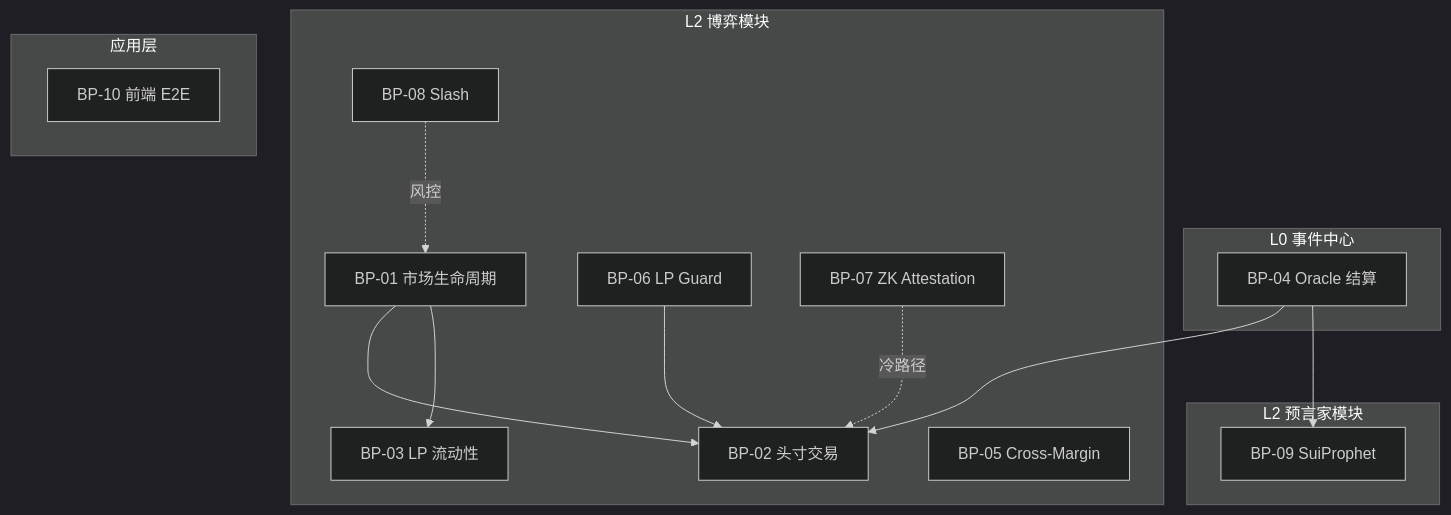
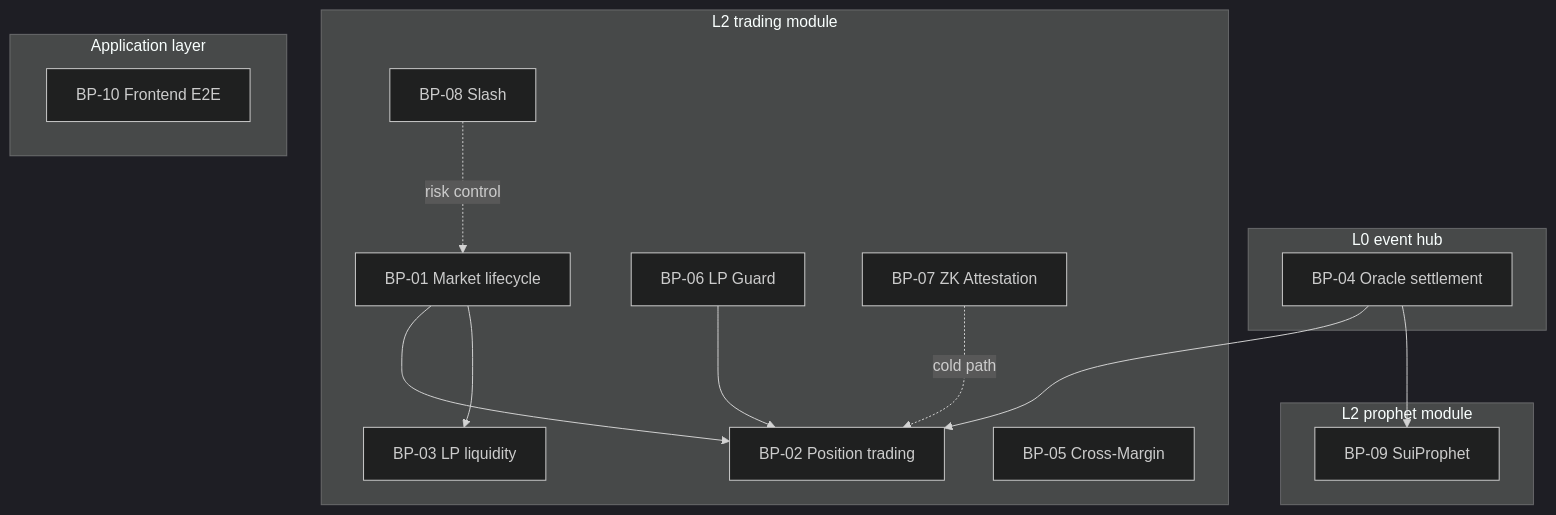
The first of 8 diagrams in docs/business-spec.md (bamaao/x-market), drawn with Mermaid (dark theme) before and after one commit. The commit also changed other lines of this file and 93 other files, not shown here.

````diff
--- a/docs/business-spec.md
+++ b/docs/business-spec.md
@@ -233,28 +235,28 @@
 ```mermaid
 flowchart TB
-    subgraph L0["L0 事件中心"]
-        BP04[BP-04 Oracle 结算]
+    subgraph L0["L0 event hub"]
+        BP04[BP-04 Oracle settlement]
     end
-    subgraph L2["L2 博弈模块"]
-        BP01[BP-01 市场生命周期]
-        BP02[BP-02 头寸交易]
-        BP03[BP-03 LP 流动性]
+    subgraph L2["L2 trading module"]
+        BP01[BP-01 Market lifecycle]
+        BP02[BP-02 Position trading]
+        BP03[BP-03 LP liquidity]
         BP05[BP-05 Cross-Margin]
         BP06[BP-06 LP Guard]
         BP07[BP-07 ZK Attestation]
         BP08[BP-08 Slash]
     end
-    subgraph L2P["L2 预言家模块"]
+    subgraph L2P["L2 prophet module"]
         BP09[BP-09 SuiProphet]
     end
-    subgraph App["应用层"]
-        BP10[BP-10 前端 E2E]
+    subgraph App["Application layer"]
+        BP10[BP-10 Frontend E2E]
     end
     BP01 --> BP02
     BP01 --> BP03
     BP04 --> BP02
     BP04 --> BP09
     BP06 --> BP02
-    BP07 -.->|冷路径| BP02
-    BP08 -.->|风控| BP01
+    BP07 -.->|cold path| BP02
+    BP08 -.->|risk control| BP01
 ```
````
